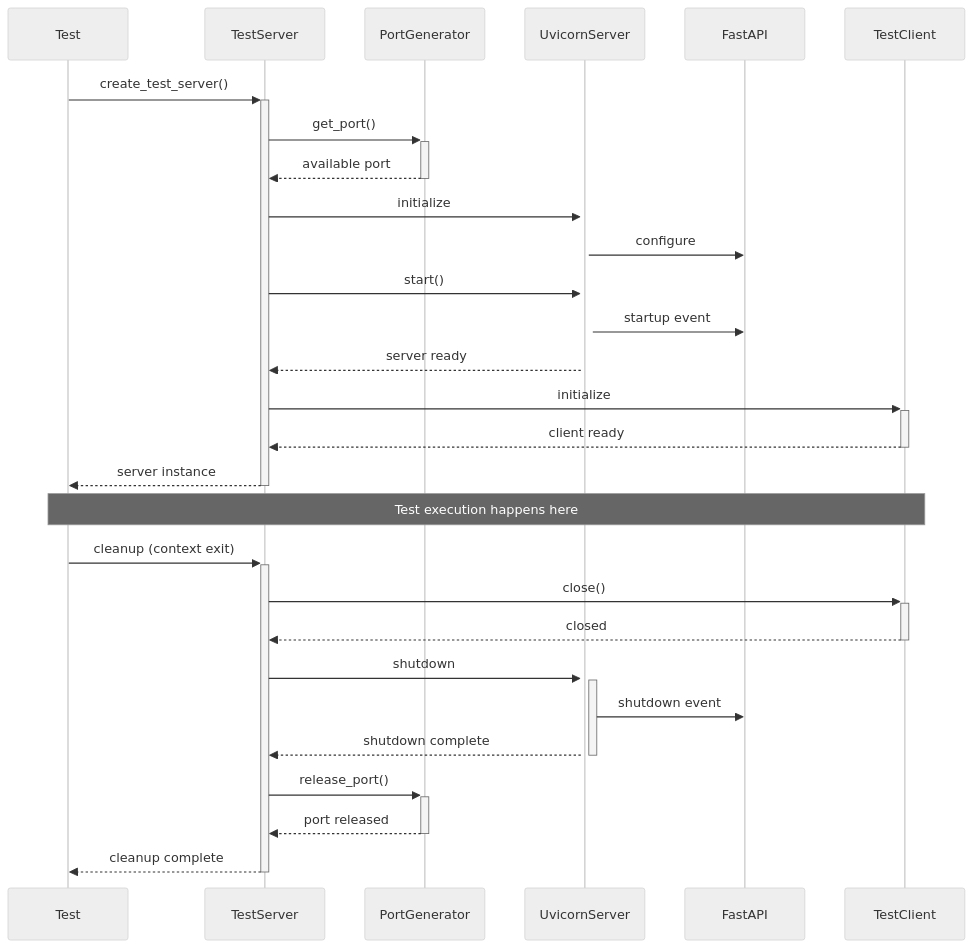
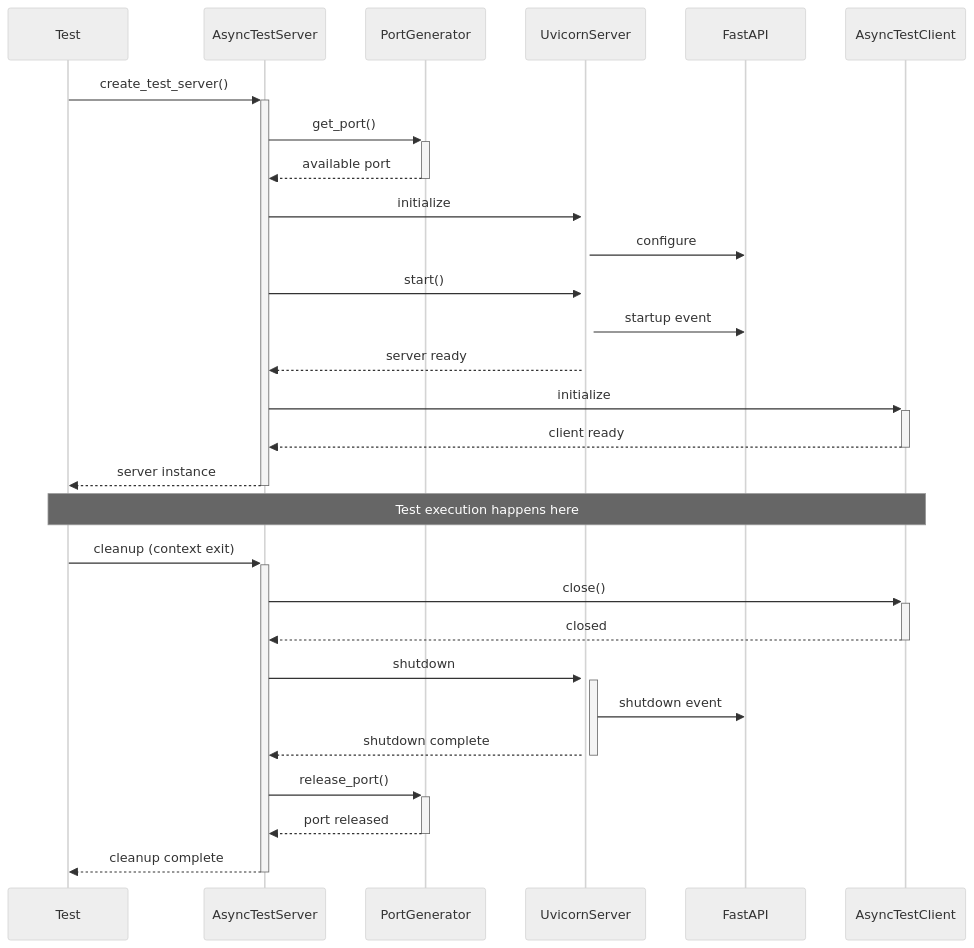
One commit to descoped/fastapi-testing changed the diagram in README.md. Above: the diagram before and after it, drawn with Mermaid (neutral theme). The commit also changed other lines of this file, not shown here.

````diff
--- a/README.md
+++ b/README.md
@@ -47,38 +47,38 @@
 ```mermaid
 sequenceDiagram
     participant Test
-    participant TestServer
+    participant AsyncTestServer
     participant PortGenerator
     participant UvicornServer
     participant FastAPI
-    participant TestClient
+    participant AsyncTestClient
 
-    Test->>+TestServer: create_test_server()
-    TestServer->>+PortGenerator: get_port()
-    PortGenerator-->>-TestServer: available port
+    Test->>+AsyncTestServer: create_test_server()
+    AsyncTestServer->>+PortGenerator: get_port()
+    PortGenerator-->>-AsyncTestServer: available port
     
-    TestServer->>+UvicornServer: initialize
+    AsyncTestServer->>+UvicornServer: initialize
     UvicornServer->>FastAPI: configure
     
-    TestServer->>+UvicornServer: start()
+    AsyncTestServer->>+UvicornServer: start()
     UvicornServer->>FastAPI: startup event
-    UvicornServer-->>TestServer: server ready
+    UvicornServer-->>AsyncTestServer: server ready
     
-    TestServer->>+TestClient: initialize
-    TestClient-->>-TestServer: client ready
-    TestServer-->>-Test: server instance
+    AsyncTestServer->>+AsyncTestClient: initialize
+    AsyncTestClient-->>-AsyncTestServer: client ready
+    AsyncTestServer-->>-Test: server instance
     
-    Note over Test,TestClient: Test execution happens here
+    Note over Test,AsyncTestClient: Test execution happens here
     
-    Test->>+TestServer: cleanup (context exit)
-    TestServer->>+TestClient: close()
-    TestClient-->>-TestServer: closed
+    Test->>+AsyncTestServer: cleanup (context exit)
+    AsyncTestServer->>+AsyncTestClient: close()
+    AsyncTestClient-->>-AsyncTestServer: closed
     
-    TestServer->>+UvicornServer: shutdown
+    AsyncTestServer->>+UvicornServer: shutdown
     UvicornServer->>FastAPI: shutdown event
-    UvicornServer-->>-TestServer: shutdown complete
+    UvicornServer-->>-AsyncTestServer: shutdown complete
     
-    TestServer->>+PortGenerator: release_port()
-    PortGenerator-->>-TestServer: port released
-    TestServer-->>-Test: cleanup complete
+    AsyncTestServer->>+PortGenerator: release_port()
+    PortGenerator-->>-AsyncTestServer: port released
+    AsyncTestServer-->>-Test: cleanup complete
 ```
````
